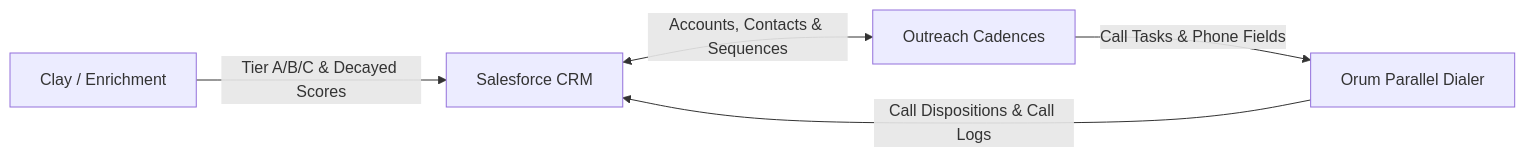
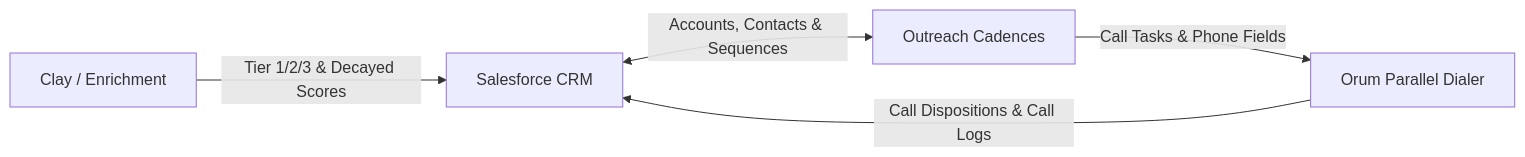
The diagram in 02-execution-and-workflows/12-stack-configuration/sync-architecture.md (peytonbackus-spec/bd-leadership), drawn with Mermaid before and after one commit. The commit also changed other lines of this file and 96 other files, not shown here.

````diff
--- a/02-execution-and-workflows/12-stack-configuration/sync-architecture.md
+++ b/02-execution-and-workflows/12-stack-configuration/sync-architecture.md
@@ -9,7 +9,7 @@
 ```mermaid
 flowchart LR
-    Clay[Clay / Enrichment] -->|Tier A/B/C & Decayed Scores| CRM[Salesforce CRM]
+    Clay[Clay / Enrichment] -->|Tier 1/2/3 & Decayed Scores| CRM[Salesforce CRM]
     CRM <-->|Accounts, Contacts & Sequences| Outreach[Outreach Cadences]
     Outreach -->|Call Tasks & Phone Fields| Orum[Orum Parallel Dialer]
     Orum -->|Call Dispositions & Call Logs| CRM
 ```
````
